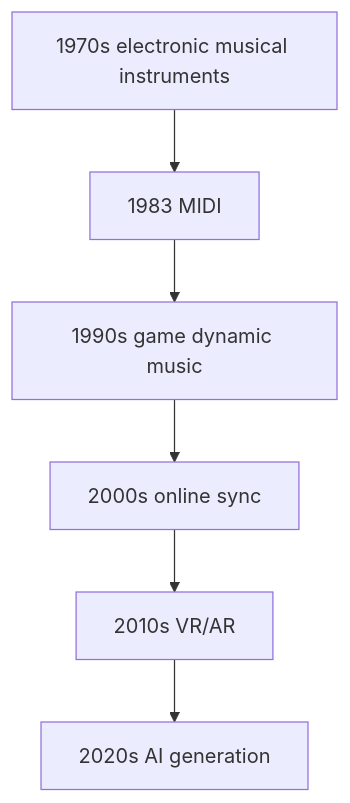
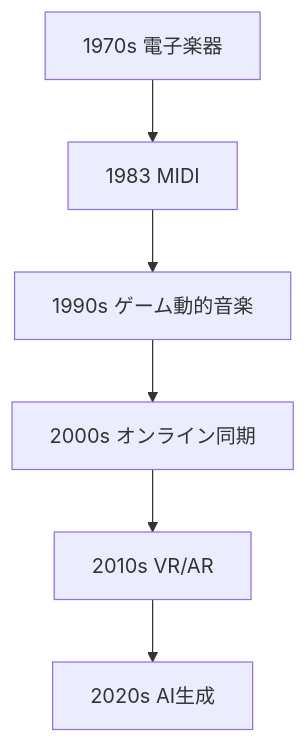
Before and after one commit to monumental-movement/monumental-movement.github.io: the first of 3 diagrams in en/_posts/2026-02-28-column-interactive-music-experience.md, drawn with Mermaid. The commit also changed other lines of this file and 2196 other files, not shown here.

```diff
--- a/en/_posts/2026-02-28-column-interactive-music-experience.md
+++ b/en/_posts/2026-02-28-column-interactive-music-experience.md
@@ -92,8 +91,8 @@
 <div class="mermaid">
 flowchart TD
-A[1970s electronic musical instruments] --> B[1983 MIDI]
-B --> C[1990s game dynamic music]
-C --> D[2000s online sync]
+A[1970s 電子楽器] --> B[1983 MIDI]
+B --> C[1990s ゲーム動的音楽]
+C --> D[2000s オンライン同期]
 D --> E[2010s VR/AR]
-E --> F[2020s AI generation]
+E --> F[2020s AI生成]
 </div>
```
